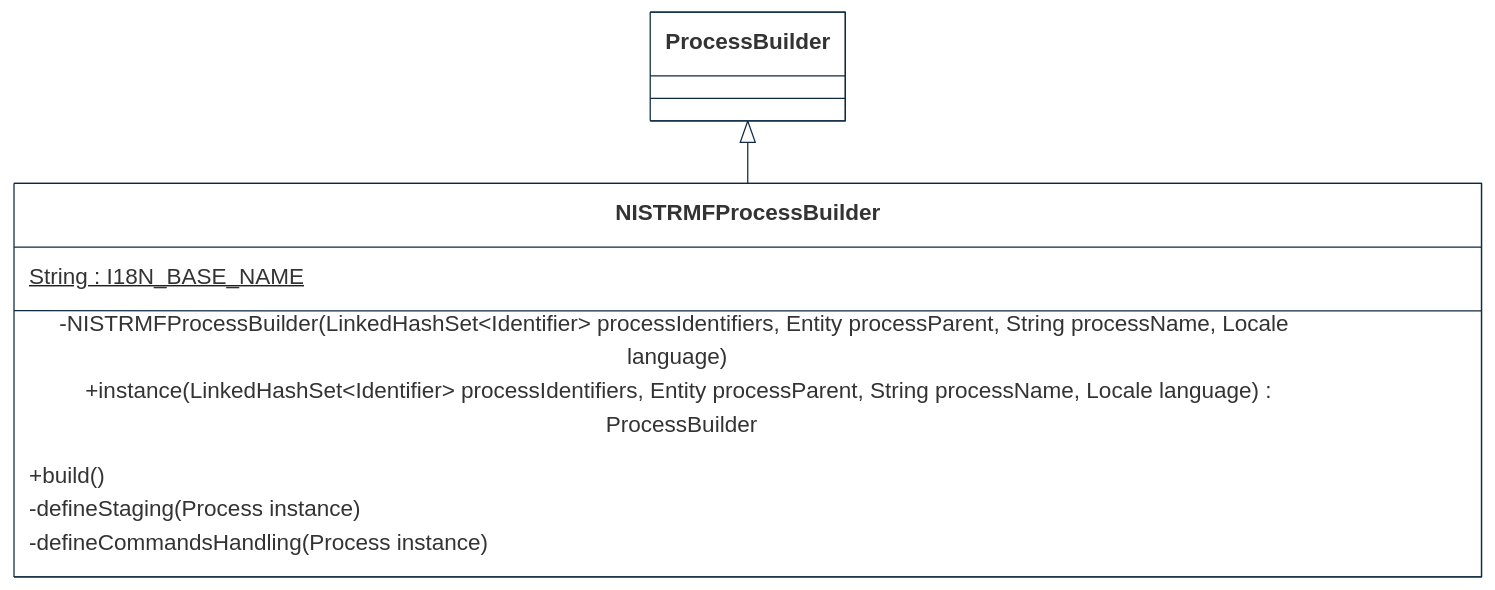
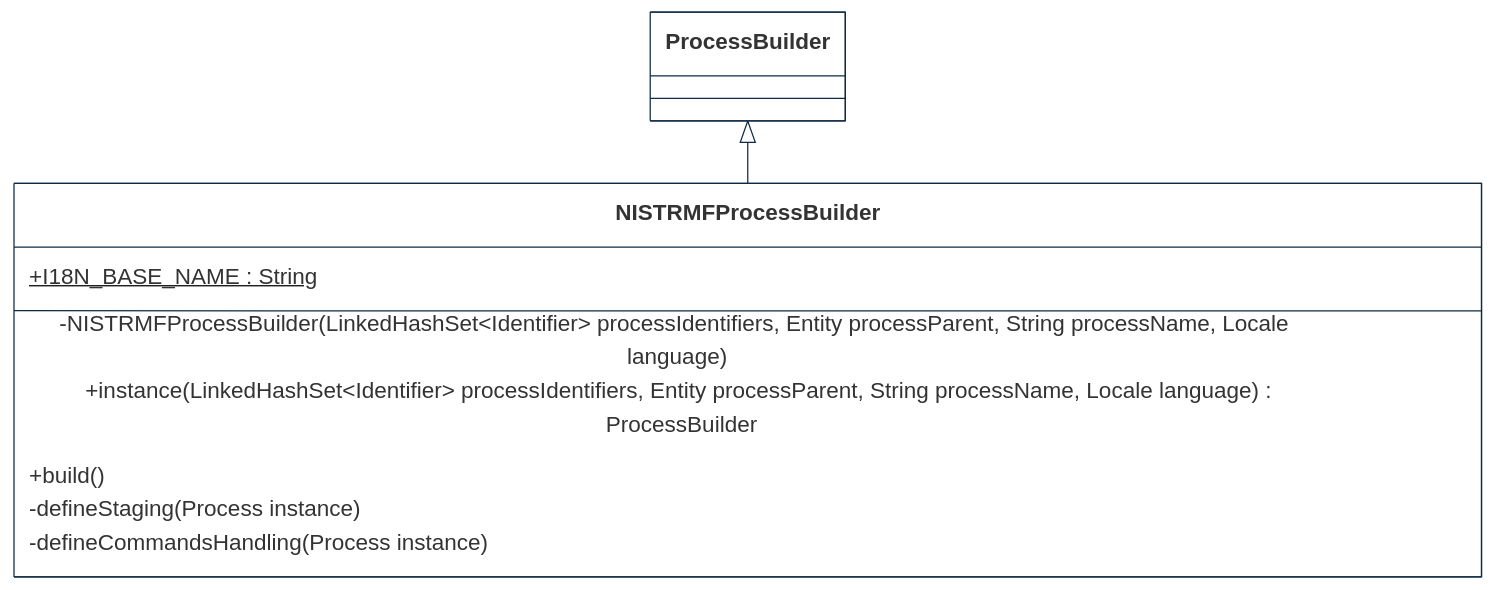
The second of 3 diagrams in implementations-line/features/workflow-process/defense-template/designview-packages.md (cybnity/foundation), drawn with Mermaid before and after one commit.

````diff
--- a/implementations-line/features/workflow-process/defense-template/designview-packages.md
+++ b/implementations-line/features/workflow-process/defense-template/designview-packages.md
@@ -78,30 +78,30 @@
 ```mermaid
 %%{
   init: {
     'theme': 'base',
     'themeVariables': {
         'background': '#ffffff',
         'fontFamily': 'arial',
         'fontSize': '18px',
         'primaryColor': '#fff',
         'primaryBorderColor': '#0e2a43',
         'secondaryBorderColor': '#0e2a43',
         'tertiaryBorderColor': '#0e2a43',
         'edgeLabelBackground':'#0e2a43',
         'lineColor': '#0e2a43',
         'tertiaryColor': '#fff'
     }
   }
 }%%
 classDiagram
   ProcessBuilder <|-- NISTRMFProcessBuilder
   class NISTRMFProcessBuilder {
-    String : I18N_BASE_NAME$
+    +I18N_BASE_NAME : String$
     -NISTRMFProcessBuilder(LinkedHashSet~Identifier~ processIdentifiers, Entity processParent, String processName, Locale language)
     +instance(LinkedHashSet~Identifier~ processIdentifiers, Entity processParent, String processName, Locale language) ProcessBuilder
     +build()
     -defineStaging(Process instance)
     -defineCommandsHandling(Process instance)
   }
 
 ```
````
